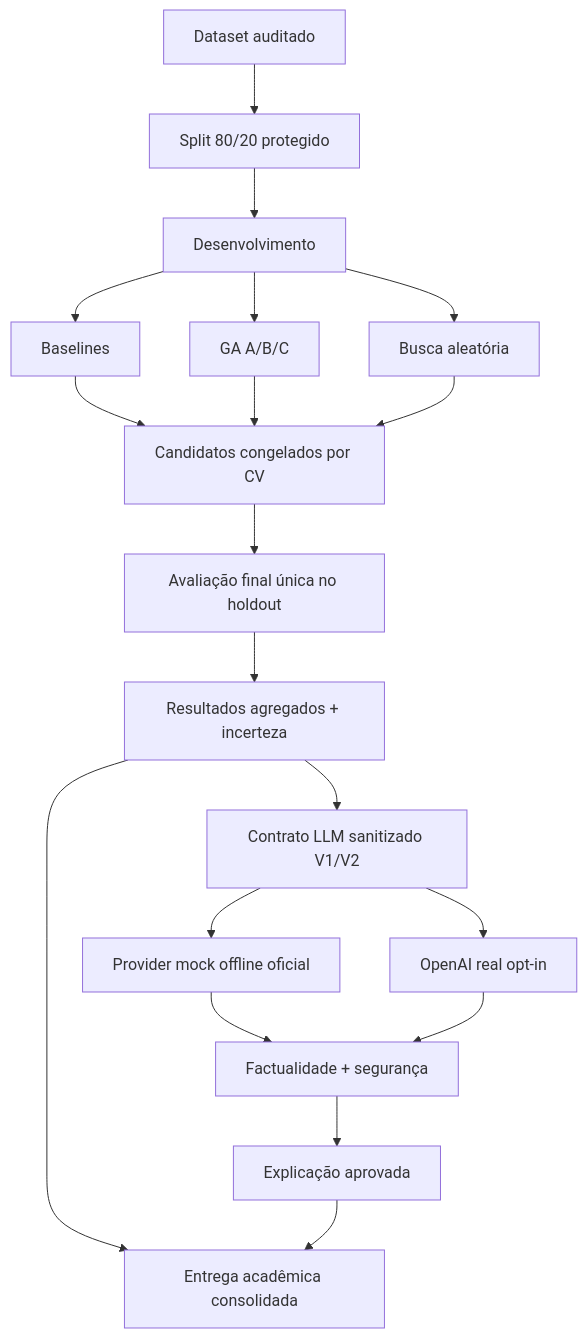
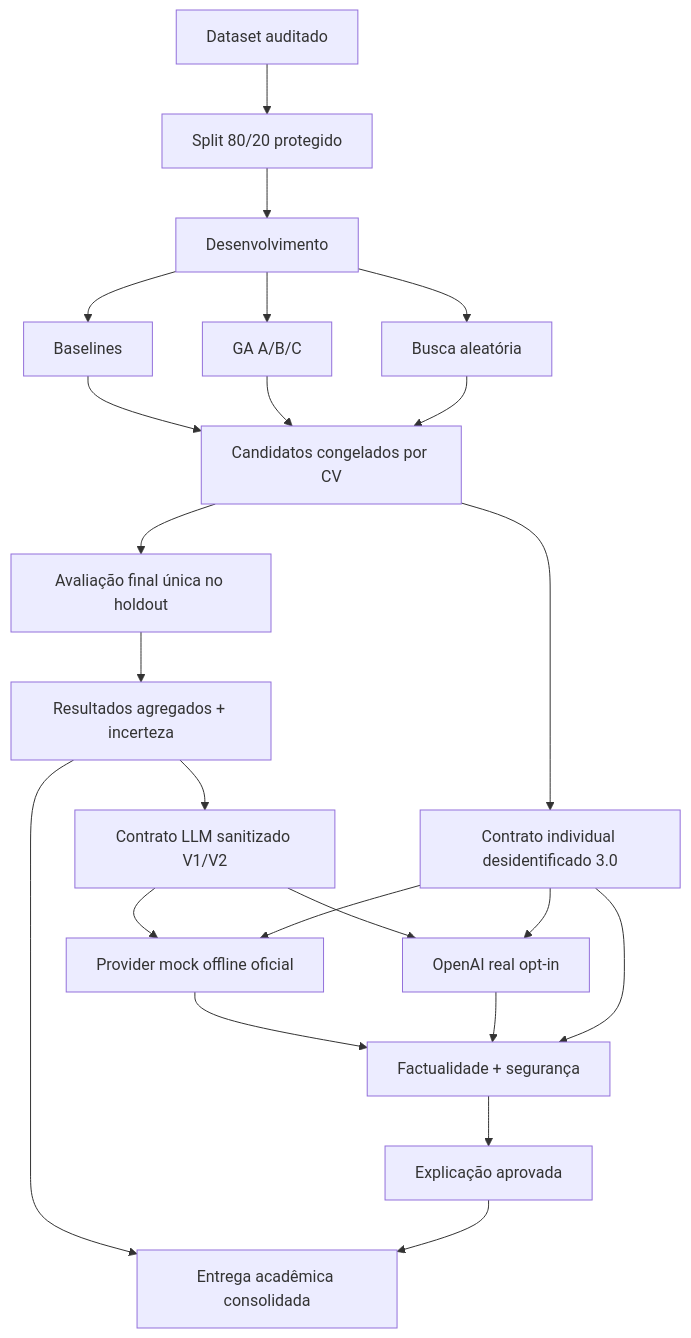
Before and after one commit to rafaelbarrosleite/fiap-techchallenge-fase2-ga-llm: the diagram in README.md, drawn with Mermaid. The commit also changed other lines of this file and 32 other files, not shown here.

````diff
--- a/README.md
+++ b/README.md
@@ -23,21 +23,25 @@
 ```mermaid
 flowchart TD
     D[Dataset auditado] --> S[Split 80/20 protegido]
     S --> DEV[Desenvolvimento]
     DEV --> B[Baselines]
     DEV --> G[GA A/B/C]
     DEV --> R[Busca aleatória]
     B --> F[Candidatos congelados por CV]
     G --> F
     R --> F
     F --> E[Avaliação final única no holdout]
     E --> A[Resultados agregados + incerteza]
     A --> L[Contrato LLM sanitizado V1/V2]
+    F --> I[Contrato individual desidentificado 3.0]
     L --> M[Provider mock offline oficial]
     L --> O[OpenAI real opt-in]
+    I --> M
+    I --> O
     M --> V[Factualidade + segurança]
     O --> V
+    I --> V
     V --> X[Explicação aprovada]
     A --> C[Entrega acadêmica consolidada]
     X --> C
 ```
````
